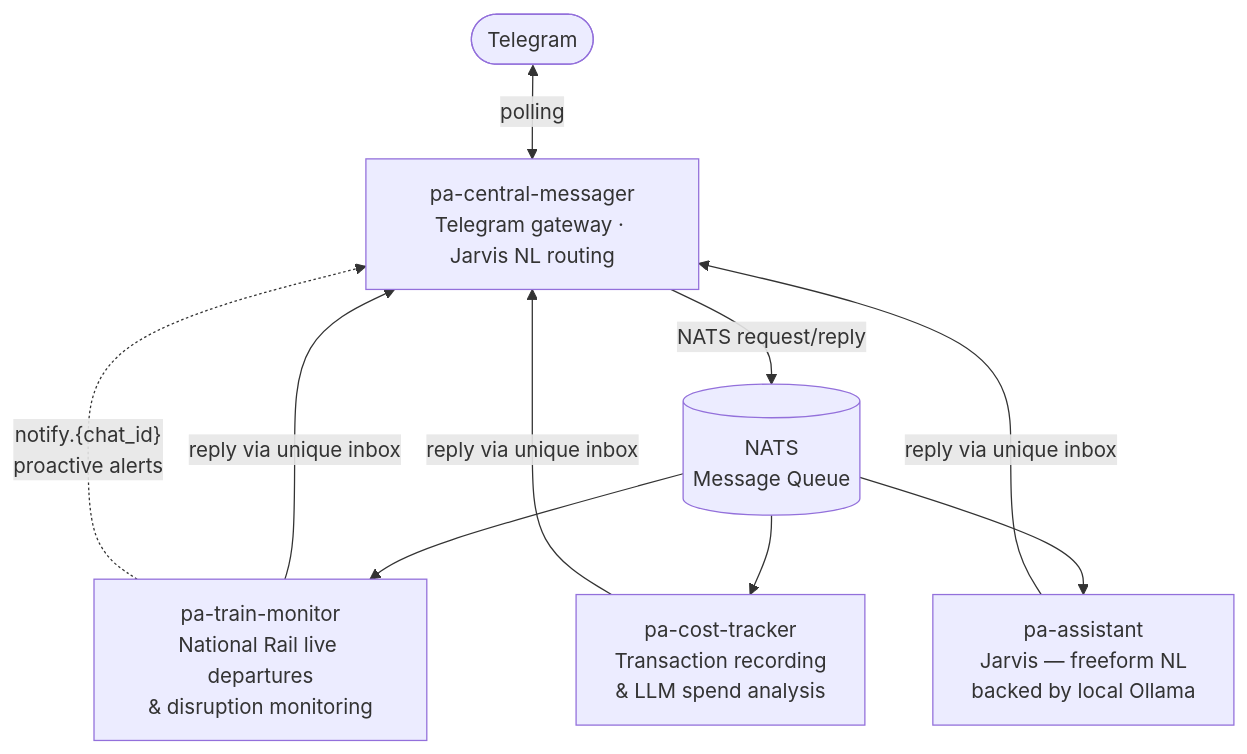
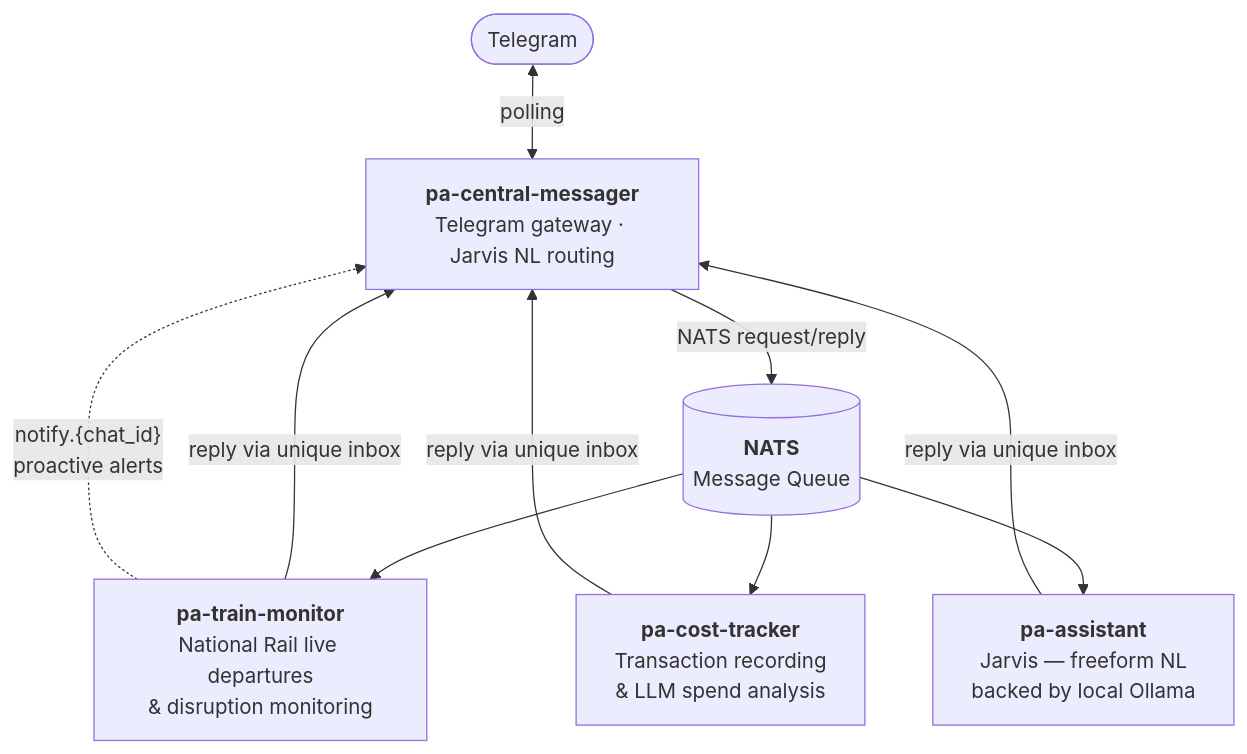
The diagram in profile/README.md (sneakybver-assistant/.github), drawn with Mermaid before and after one commit.

Commit message:
Use HTML bold tags for Mermaid node titles

````diff
--- a/profile/README.md
+++ b/profile/README.md
@@ -9,15 +9,15 @@
 ```mermaid
 flowchart TD
     TG([Telegram])
-    CM["pa-central-messager\nTelegram gateway · Jarvis NL routing"]
-    NATS[("NATS\nMessage Queue")]
-    TM["pa-train-monitor\nNational Rail live departures\n& disruption monitoring"]
-    CT["pa-cost-tracker\nTransaction recording\n& LLM spend analysis"]
-    AS["pa-assistant\nJarvis — freeform NL\nbacked by local Ollama"]
+    CM["<b>pa-central-messager</b>\nTelegram gateway · Jarvis NL routing"]
+    NATS[("<b>NATS</b>\nMessage Queue")]
+    TM["<b>pa-train-monitor</b>\nNational Rail live departures\n& disruption monitoring"]
+    CT["<b>pa-cost-tracker</b>\nTransaction recording\n& LLM spend analysis"]
+    AS["<b>pa-assistant</b>\nJarvis — freeform NL\nbacked by local Ollama"]
 
     TG <-->|polling| CM
     CM -->|"NATS request/reply"| NATS
     NATS --> TM & CT & AS
     TM & CT & AS -->|reply via unique inbox| CM
     TM -.->|"notify.{chat_id}\nproactive alerts"| CM
 ```
````
